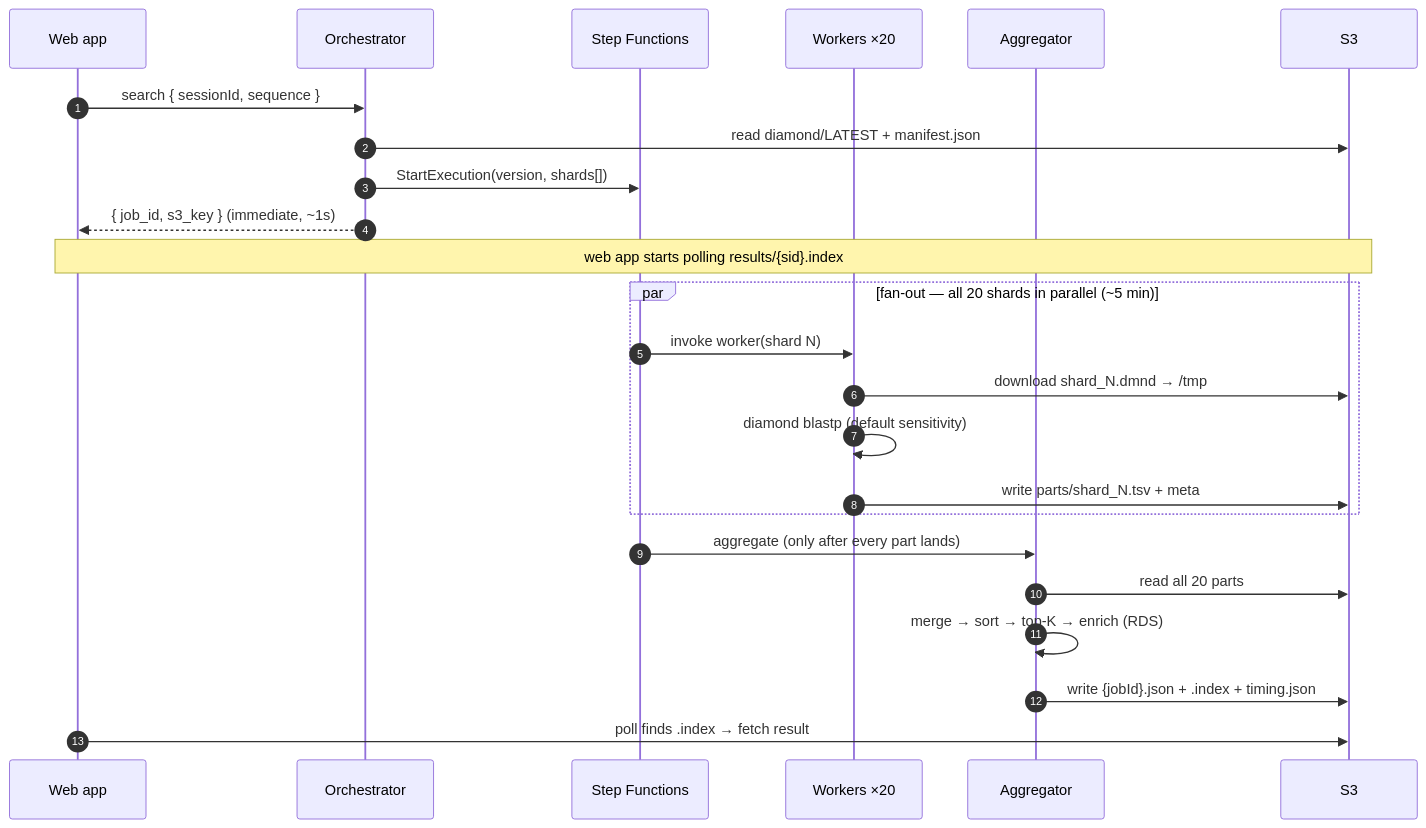
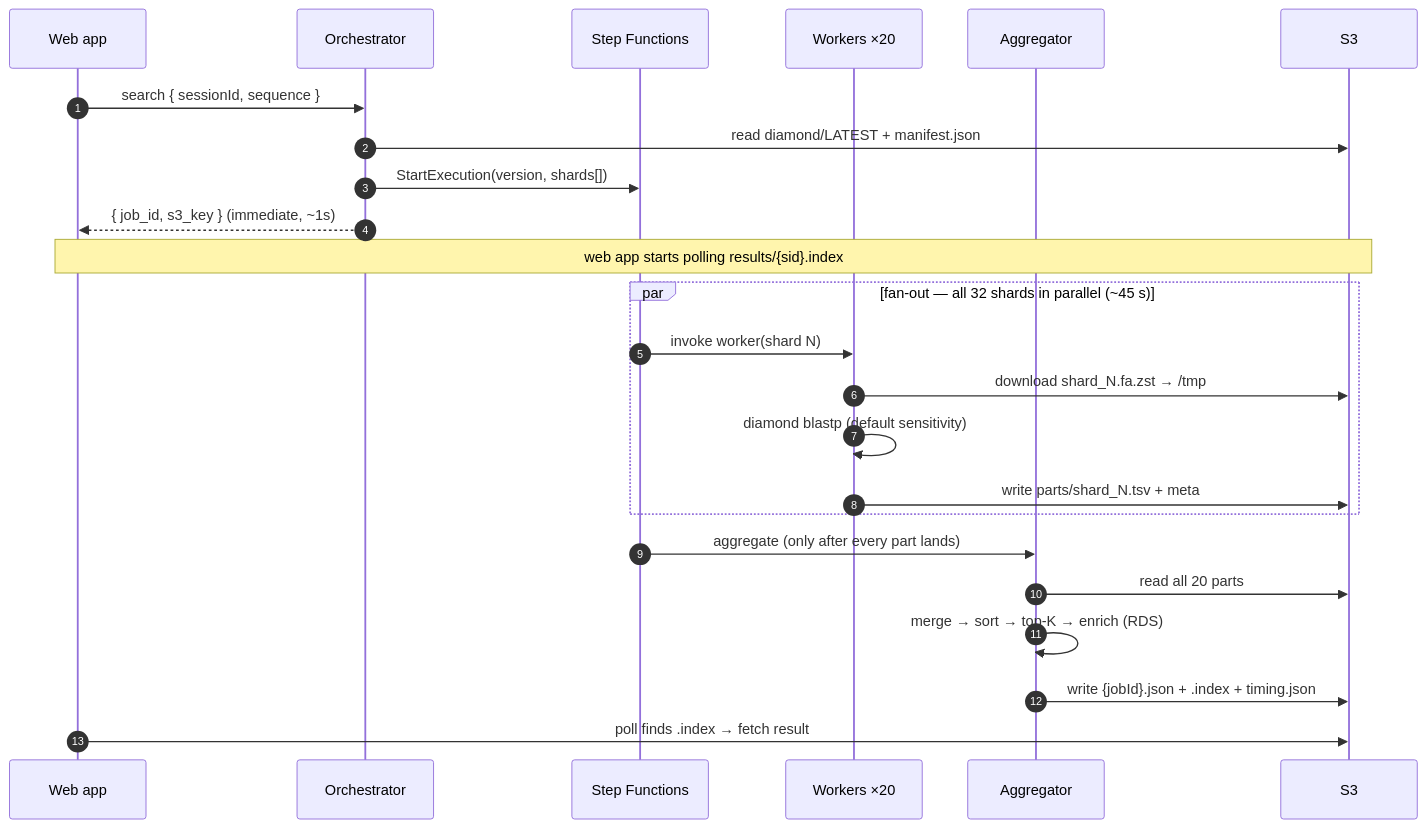
Before and after one commit to petadex/petadex-sequence-search: the diagram in README.md, drawn with Mermaid. The commit also changed other lines of this file and 1 other file, not shown here.

````diff
--- a/README.md
+++ b/README.md
@@ -57,29 +57,29 @@
 ```mermaid
 sequenceDiagram
     autonumber
     participant WA as Web app
     participant O as Orchestrator
     participant SF as Step Functions
     participant W as Workers ×20
     participant AG as Aggregator
     participant S3 as S3
 
     WA->>O: search { sessionId, sequence }
     O->>S3: read diamond/LATEST + manifest.json
     O->>SF: StartExecution(version, shards[])
     O-->>WA: { job_id, s3_key }  (immediate, ~1s)
     Note over WA,S3: web app starts polling results/{sid}.index
 
-    par fan-out — all 20 shards in parallel (~5 min)
+    par fan-out — all 32 shards in parallel (~45 s)
         SF->>W: invoke worker(shard N)
-        W->>S3: download shard_N.dmnd → /tmp
+        W->>S3: download shard_N.fa.zst → /tmp
         W->>W: diamond blastp (default sensitivity)
         W->>S3: write parts/shard_N.tsv + meta
     end
 
     SF->>AG: aggregate (only after every part lands)
     AG->>S3: read all 20 parts
     AG->>AG: merge → sort → top-K → enrich (RDS)
     AG->>S3: write {jobId}.json + .index + timing.json
     WA->>S3: poll finds .index → fetch result
 ```
````
